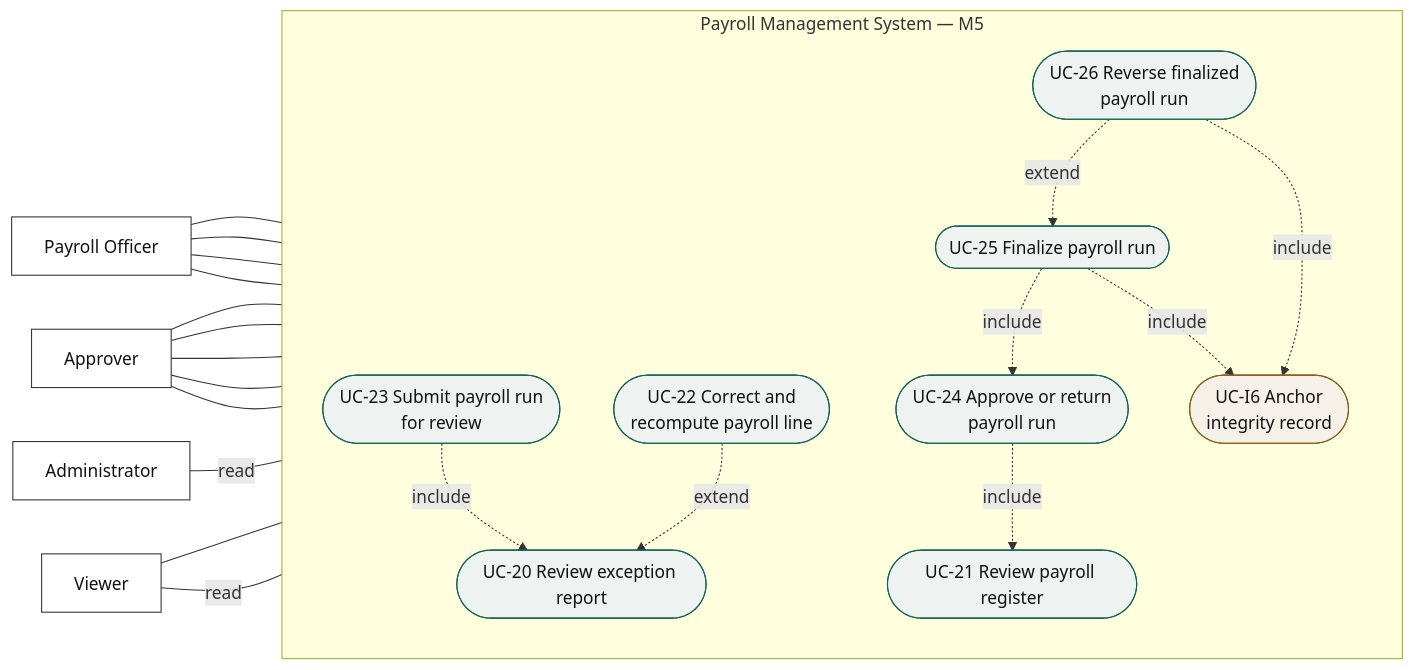
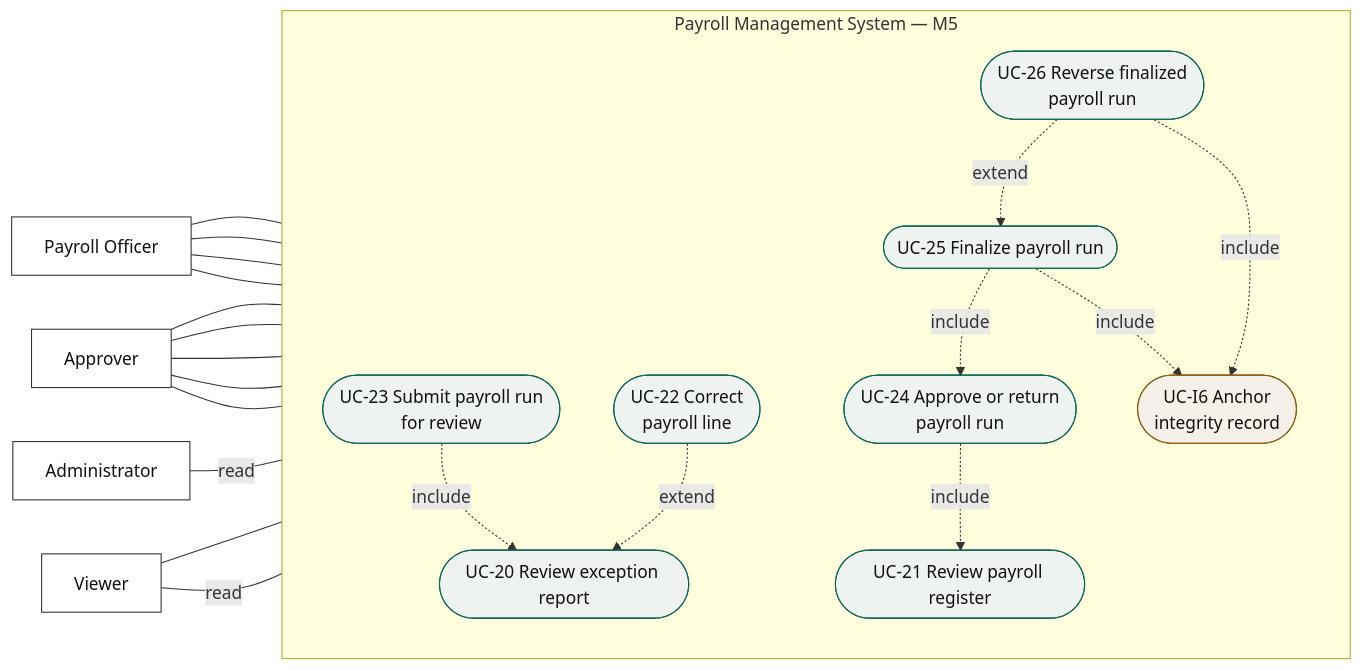
One commit to rjfat/municipal-payroll-system changed the sixth of 8 diagrams in docs/use-case-model.md. Above: the diagram before and after it, drawn with Mermaid. The commit also changed other lines of this file and 9 other files, not shown here.

````diff
--- a/docs/use-case-model.md
+++ b/docs/use-case-model.md
@@ -376,52 +404,52 @@
 ```mermaid
 flowchart LR
     PO["Payroll Officer"]
     AP["Approver"]
     AD["Administrator"]
     VW["Viewer"]
 
     subgraph SYS["Payroll Management System — M5"]
         direction TB
         UC20(["UC-20 Review exception report"])
         UC21(["UC-21 Review payroll register"])
-        UC22(["UC-22 Correct and
-        recompute payroll line"])
+        UC22(["UC-22 Correct
+        payroll line"])
         UC23(["UC-23 Submit payroll run
         for review"])
         UC24(["UC-24 Approve or return
         payroll run"])
         UC25(["UC-25 Finalize payroll run"])
         UC26(["UC-26 Reverse finalized
         payroll run"])
         I6X(["UC-I6 Anchor
         integrity record"])
     end
 
     PO --- UC20
     PO --- UC21
     PO --- UC22
     PO --- UC23
     AP --- UC20
     AP --- UC21
     AP --- UC24
     AP --- UC25
     AP --- UC26
     VW --- UC21
     AD ---|read| UC20
     VW ---|read| UC20
 
     UC23 -.->|include| UC20
     UC22 -.->|extend| UC20
     UC24 -.->|include| UC21
     UC25 -.->|include| UC24
     UC26 -.->|extend| UC25
     UC25 -.->|include| I6X
     UC26 -.->|include| I6X
 
     classDef actor fill:#ffffff,stroke:#333,stroke-width:1px,color:#111;
     classDef uc fill:#eef3f1,stroke:#0F6154,stroke-width:1px,color:#111;
     classDef inc fill:#f6f1e8,stroke:#8A5A12,stroke-width:1px,color:#111;
     class PO,AP,AD,VW actor;
     class UC20,UC21,UC22,UC23,UC24,UC25,UC26 uc;
     class I6X inc;
 ```
````
